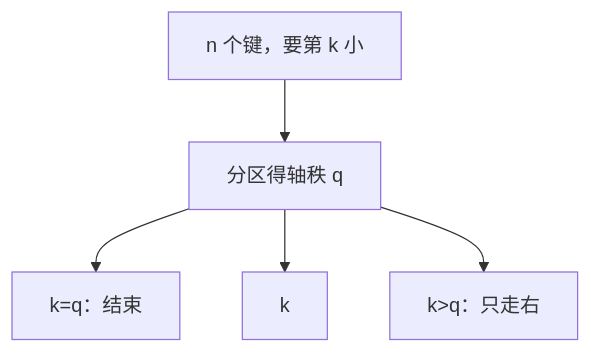
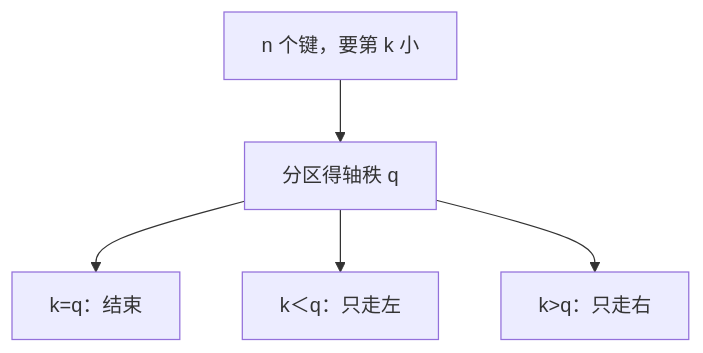
The diagram in docs/cs/select-kth.md (xhongduo-tech/xhongduo-tech.github.io), drawn with Mermaid before and after one commit. The commit also changed other lines of this file and 772 other files, not shown here.

````diff
--- a/docs/cs/select-kth.md
+++ b/docs/cs/select-kth.md
@@ -32,7 +32,7 @@
 ```mermaid
 flowchart TD
   A["n 个键，要第 k 小"] --> PART["分区得轴秩 q"]
   PART --> EQ["k=q：结束"]
-  PART --> L["k<q：只走左"]
+  PART --> L["k＜q：只走左"]
   PART --> R["k>q：只走右"]
 ```
````
